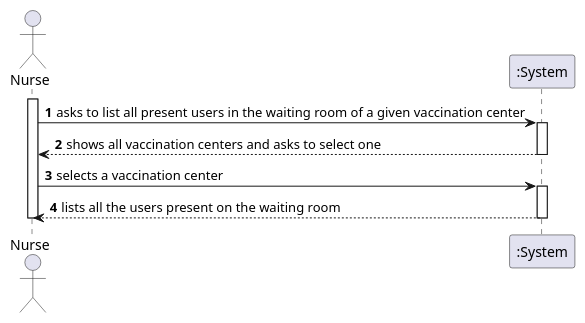
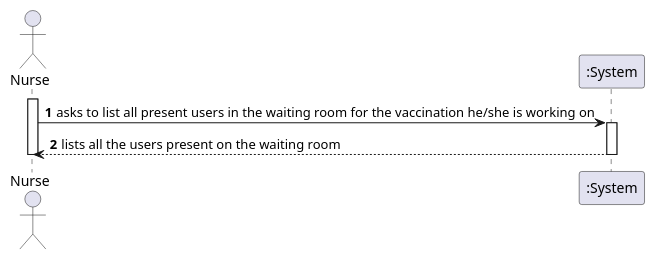
The diagram in docs/SprintC/US05/SSD/US05_SSD.puml (miseEnPlace-i/lapr2), drawn with PlantUML before and after one commit. The commit also changed 6 other files, not shown here.

```diff
--- a/docs/SprintC/US05/SSD/US05_SSD.puml
+++ b/docs/SprintC/US05/SSD/US05_SSD.puml
@@ -1,18 +1,13 @@
 @startuml
 autonumber
 actor "Nurse" as NURSE
 
 activate NURSE
-NURSE -> ":System" : asks to list all present users in the waiting room of a given vaccination center
-activate ":System"
-":System" --> NURSE : shows all vaccination centers and asks to select one
-deactivate ":System"
-
-NURSE -> ":System" : selects a vaccination center
+NURSE -> ":System" : asks to list all present users in the waiting room for the vaccination he/she is working on
 activate ":System"
 ":System" --> NURSE : lists all the users present on the waiting room
 deactivate ":System"
 
 deactivate NURSE
 
 @enduml
```
